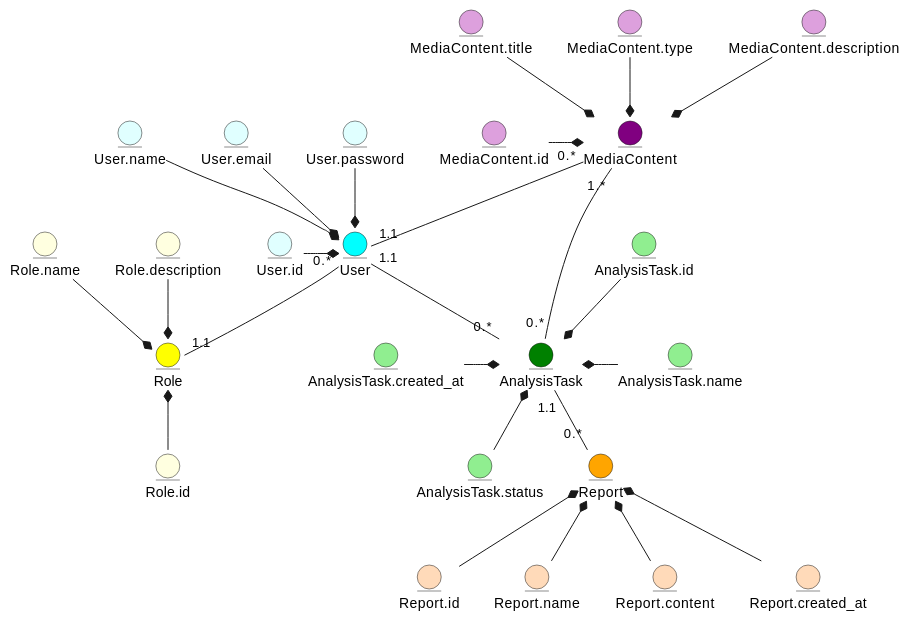
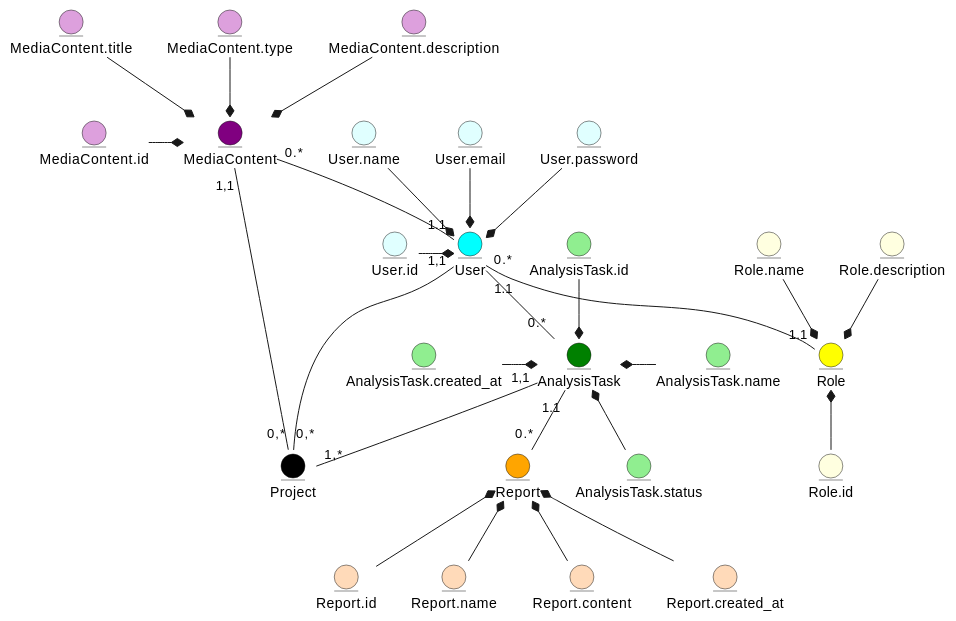
The diagram in docs/design.md (zhkcll/lab6), drawn with PlantUML before and after one commit. The commit also changed other lines of this file, not shown here.

````diff
--- a/docs/design.md
+++ b/docs/design.md
@@ -5,64 +5,70 @@
 ```plantuml
 @startuml
 
 entity User #cyan
 entity User.id #lightCyan
 entity User.name #lightCyan
 entity User.email #lightCyan
 entity User.password #lightCyan
 
 User.id -r-* User
 User.name --* User
 User.email --* User
 User.password --* User
 
 entity Role #yellow
 entity Role.name #lightYellow
 entity Role.description #lightYellow
 entity Role.id #lightYellow
 
 Role.name --* Role
 Role.description --* Role
 Role.id -u-* Role
 
 entity MediaContent #purple
 entity MediaContent.id #plum
 entity MediaContent.title #plum
 entity MediaContent.type #plum
 entity MediaContent.description #plum
 
 MediaContent.id -r-* MediaContent
 MediaContent.title --* MediaContent
 MediaContent.type --* MediaContent
 MediaContent.description --* MediaContent
 
 entity AnalysisTask #green
 entity AnalysisTask.id #lightGreen
 entity AnalysisTask.name #lightGreen
 entity AnalysisTask.status #lightGreen
 entity AnalysisTask.created_at #lightGreen
 
 AnalysisTask.id --* AnalysisTask
 AnalysisTask.name -l-* AnalysisTask
 AnalysisTask.status -u-* AnalysisTask
 AnalysisTask.created_at -r-* AnalysisTask
 
 entity Report #orange
 entity Report.id #peachPuff
 entity Report.name #peachPuff
 entity Report.content #peachPuff
 entity Report.created_at #peachPuff
 
 Report.id -u-* Report
 Report.name -u-* Report
 Report.content -u-* Report
 Report.created_at -u-* Report
 
 User "0.*" -- "1.1" Role
 User "1.1" -- "0.*" AnalysisTask
 MediaContent "0.*" -- "1.1" User
-MediaContent "1.*" -- "0.*" AnalysisTask
 AnalysisTask "1.1" -- "0.*" Report
+
+entity Project #black
+
+User "1,1" -- "0,*" Project
+MediaContent "1,1" -- "0,*" Project
+AnalysisTask "1,1" -- "1,*" Project
+
 
 @enduml
 ```
````
